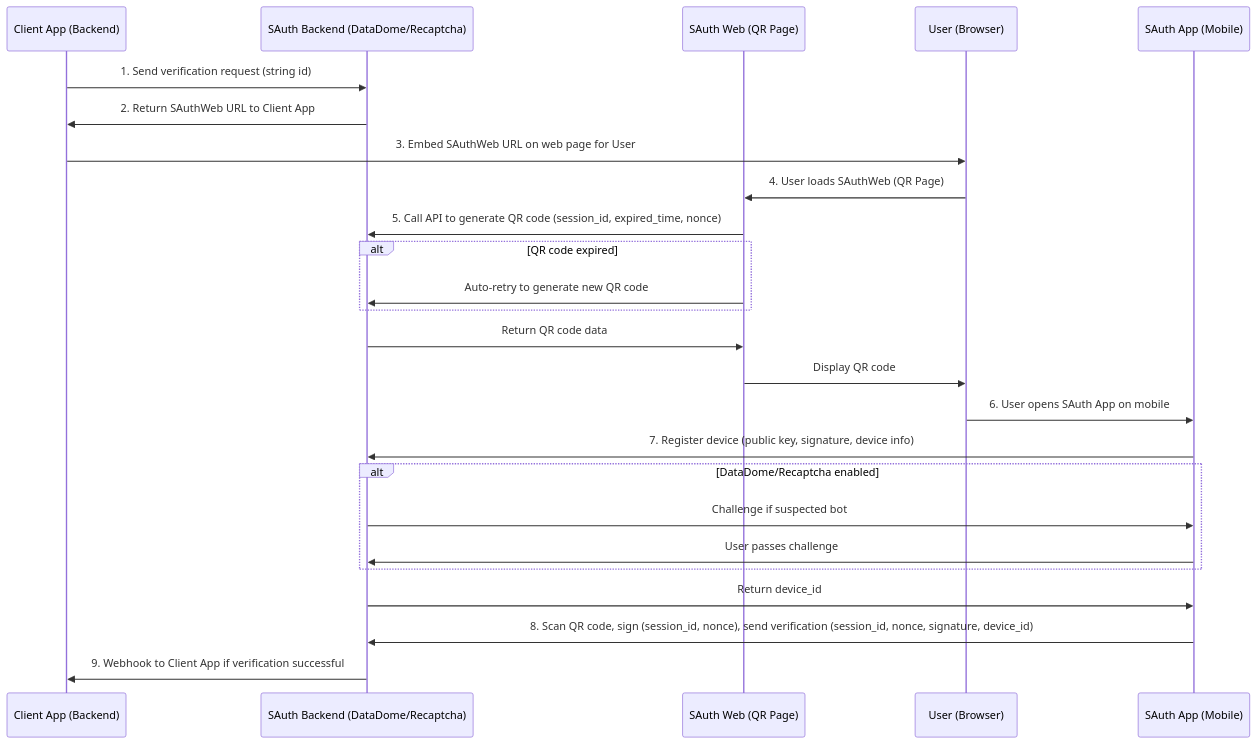
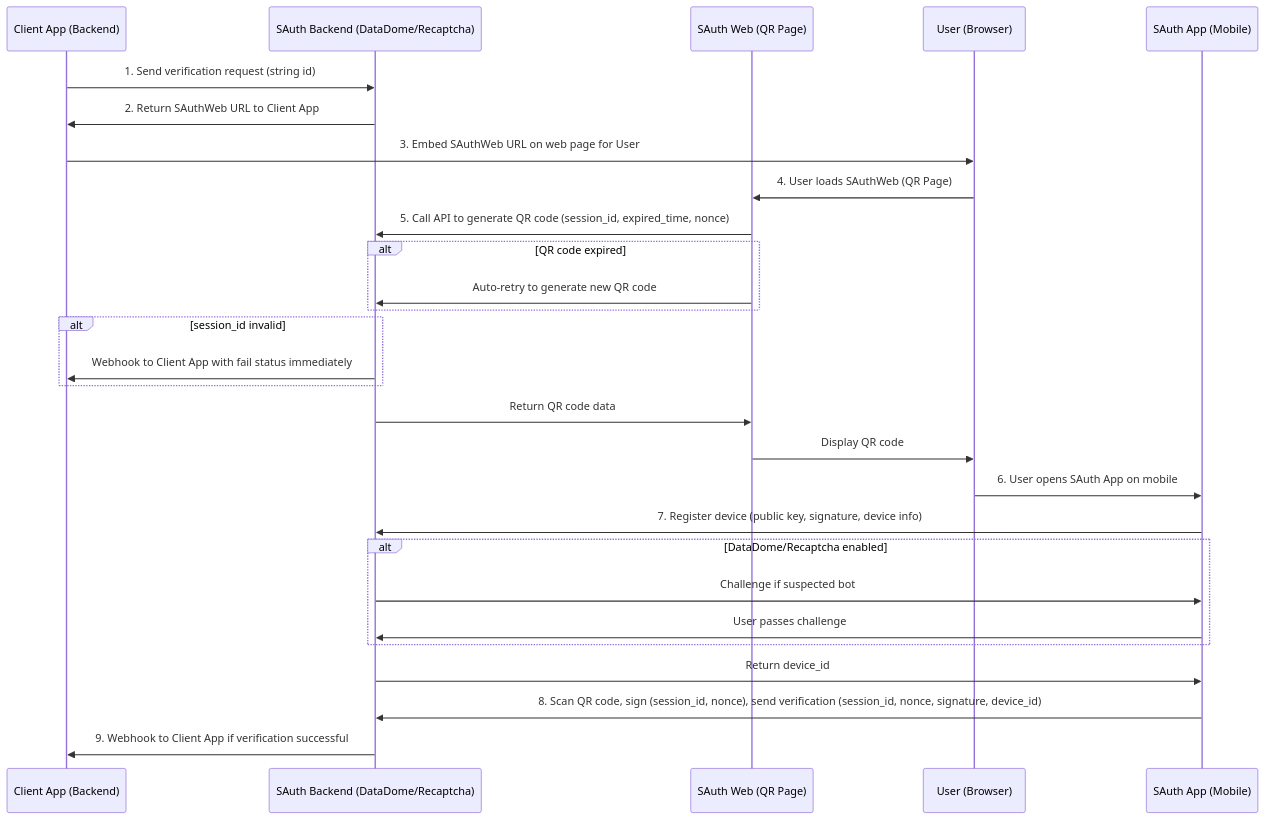
Before and after one commit to dung-elca/sauth-all: the third of 3 diagrams in README.md, drawn with Mermaid.

````diff
--- a/README.md
+++ b/README.md
@@ -35,30 +35,33 @@
 ```mermaid
 sequenceDiagram
     participant ClientApp as Client App (Backend)
     participant SAuthBackend as SAuth Backend (DataDome/Recaptcha)
     participant SAuthWeb as SAuth Web (QR Page)
     participant User as User (Browser)
     participant SAuthApp as SAuth App (Mobile)
 
     ClientApp->>SAuthBackend: 1. Send verification request (string id)
     SAuthBackend->>ClientApp: 2. Return SAuthWeb URL to Client App
     ClientApp->>User: 3. Embed SAuthWeb URL on web page for User
     User->>SAuthWeb: 4. User loads SAuthWeb (QR Page)
     SAuthWeb->>SAuthBackend: 5. Call API to generate QR code (session_id, expired_time, nonce)
     alt QR code expired
         SAuthWeb->>SAuthBackend: Auto-retry to generate new QR code
     end
+    alt session_id invalid
+        SAuthBackend->>ClientApp: Webhook to Client App with fail status immediately
+    end
     SAuthBackend->>SAuthWeb: Return QR code data
     SAuthWeb->>User: Display QR code
     User->>SAuthApp: 6. User opens SAuth App on mobile
 
     SAuthApp->>SAuthBackend: 7. Register device (public key, signature, device info)
     alt DataDome/Recaptcha enabled
         SAuthBackend->>SAuthApp: Challenge if suspected bot
         SAuthApp->>SAuthBackend: User passes challenge
     end
     SAuthBackend->>SAuthApp: Return device_id
 
     SAuthApp->>SAuthBackend: 8. Scan QR code, sign (session_id, nonce), send verification (session_id, nonce, signature, device_id)
     SAuthBackend->>ClientApp: 9. Webhook to Client App if verification successful
 ```
````
